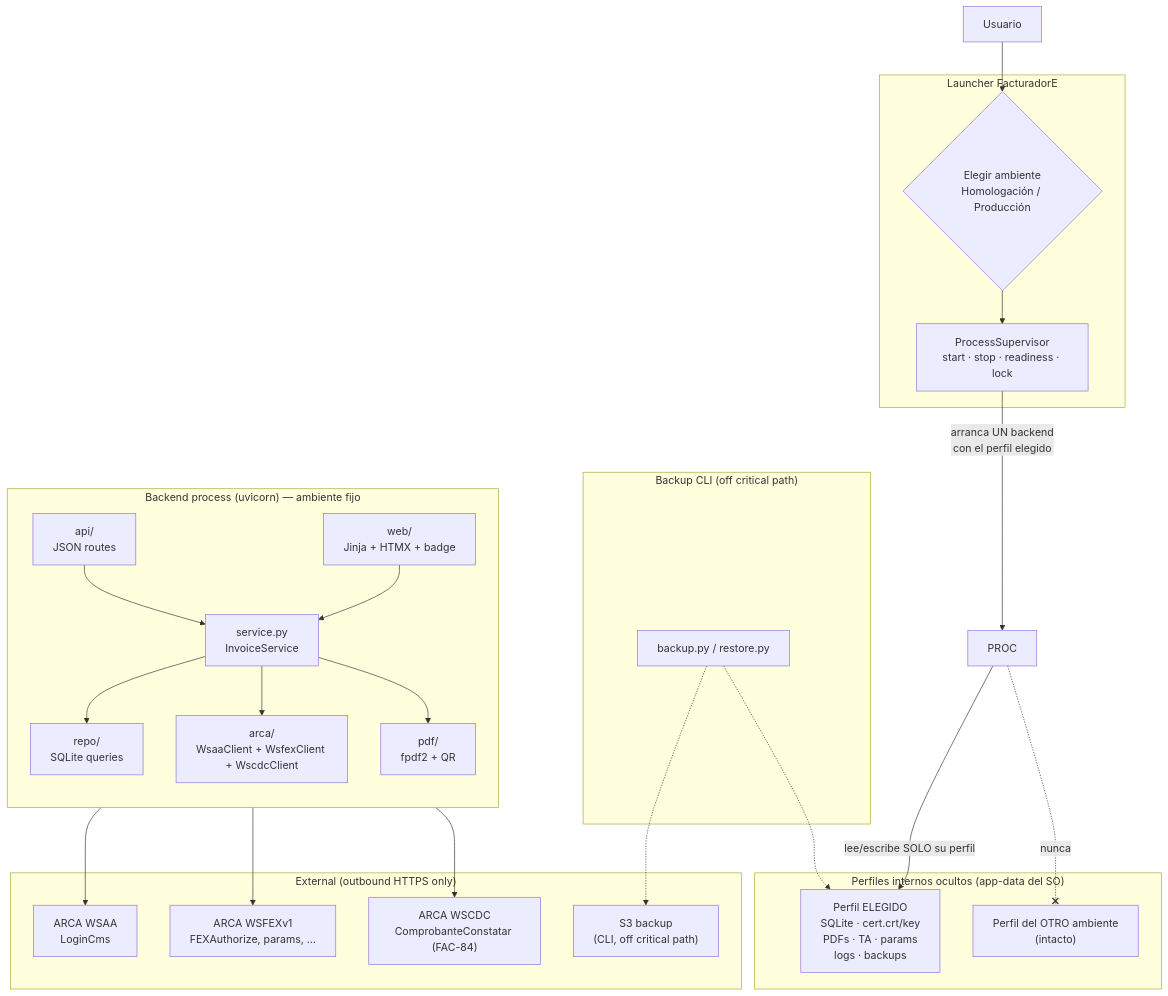
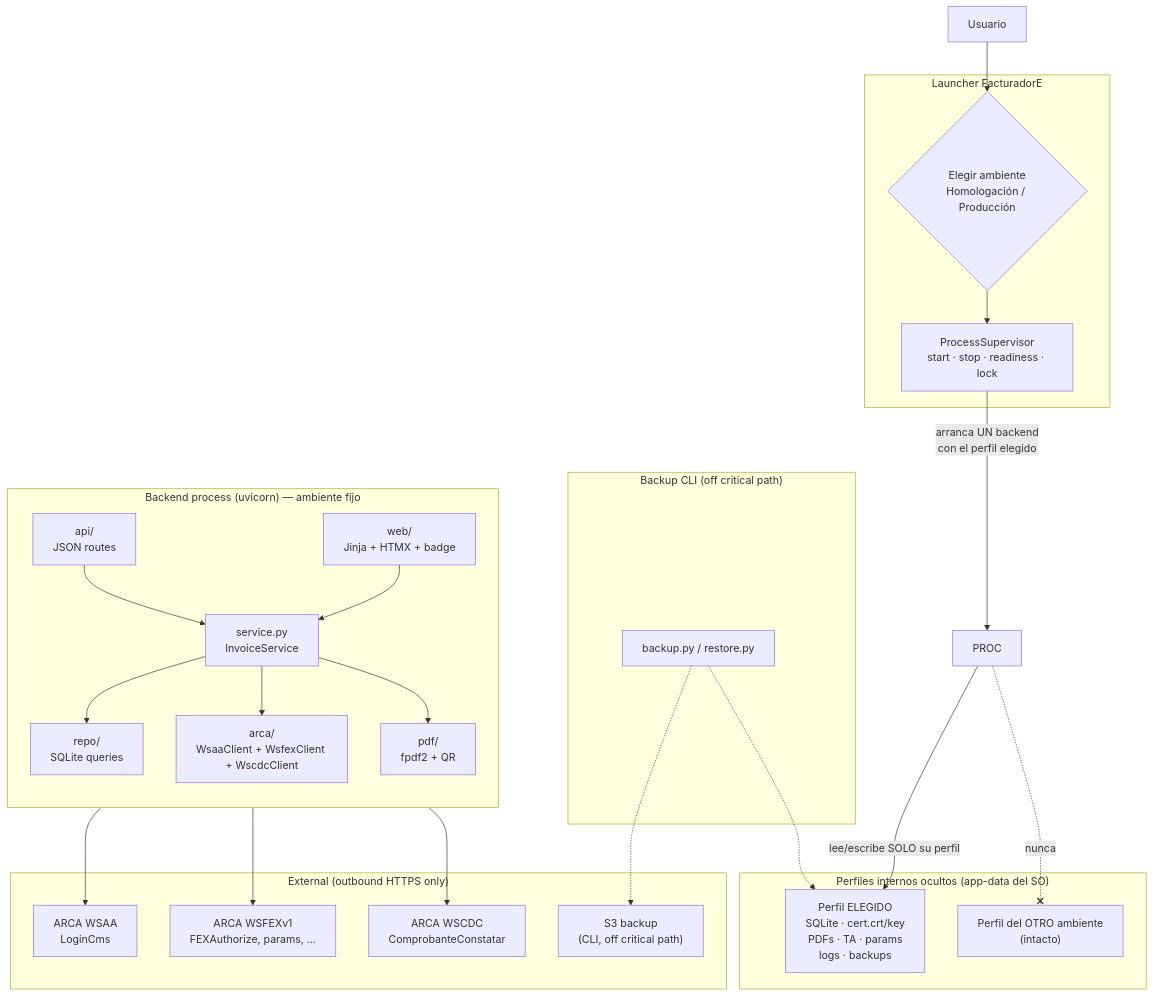
Before and after one commit to FacundoTripelhorn/facturadorE: the first of 7 diagrams in docs/agent/architecture-graphs.md, drawn with Mermaid. The commit also changed other lines of this file and 97 other files, not shown here.

````diff
--- a/docs/agent/architecture-graphs.md
+++ b/docs/agent/architecture-graphs.md
@@ -25,50 +25,50 @@
 ```mermaid
 flowchart TB
   USER["Usuario"] --> CHOICE
 
   subgraph launcher["Launcher FacturadorE"]
     CHOICE{"Elegir ambiente<br/>Homologación / Producción"}
     SUP["ProcessSupervisor<br/>start · stop · readiness · lock"]
     CHOICE --> SUP
   end
 
   SUP -->|"arranca UN backend<br/>con el perfil elegido"| PROC
 
   subgraph proc["Backend process (uvicorn) — ambiente fijo"]
     direction TB
     API["api/<br/>JSON routes"]
     WEB["web/<br/>Jinja + HTMX + badge"]
     SVC["service.py<br/>InvoiceService"]
     REPO["repo/<br/>SQLite queries"]
     PDF["pdf/<br/>fpdf2 + QR"]
     ARCA["arca/<br/>WsaaClient + WsfexClient + WscdcClient"]
   end
 
   subgraph profiles["Perfiles internos ocultos (app-data del SO)"]
     SEL["Perfil ELEGIDO<br/>SQLite · cert.crt/key<br/>PDFs · TA · params<br/>logs · backups"]
     OTHER["Perfil del OTRO ambiente<br/>(intacto)"]
   end
 
   subgraph external["External (outbound HTTPS only)"]
     WSAA["ARCA WSAA<br/>LoginCms"]
     WSFEX["ARCA WSFEXv1<br/>FEXAuthorize, params, …"]
-    WSCDC["ARCA WSCDC<br/>ComprobanteConstatar (FAC-84)"]
+    WSCDC["ARCA WSCDC<br/>ComprobanteConstatar"]
     S3["S3 backup<br/>(CLI, off critical path)"]
   end
 
   PROC -->|"lee/escribe SOLO su perfil"| SEL
   PROC -.-x|"nunca"| OTHER
   API --> SVC
   WEB --> SVC
   SVC --> REPO
   SVC --> ARCA
   SVC --> PDF
   ARCA --> WSAA
   ARCA --> WSFEX
   ARCA --> WSCDC
   subgraph backup_cli["Backup CLI (off critical path)"]
     BAK["backup.py / restore.py"]
   end
   BAK -.-> S3
   BAK -.-> SEL
 ```
````
